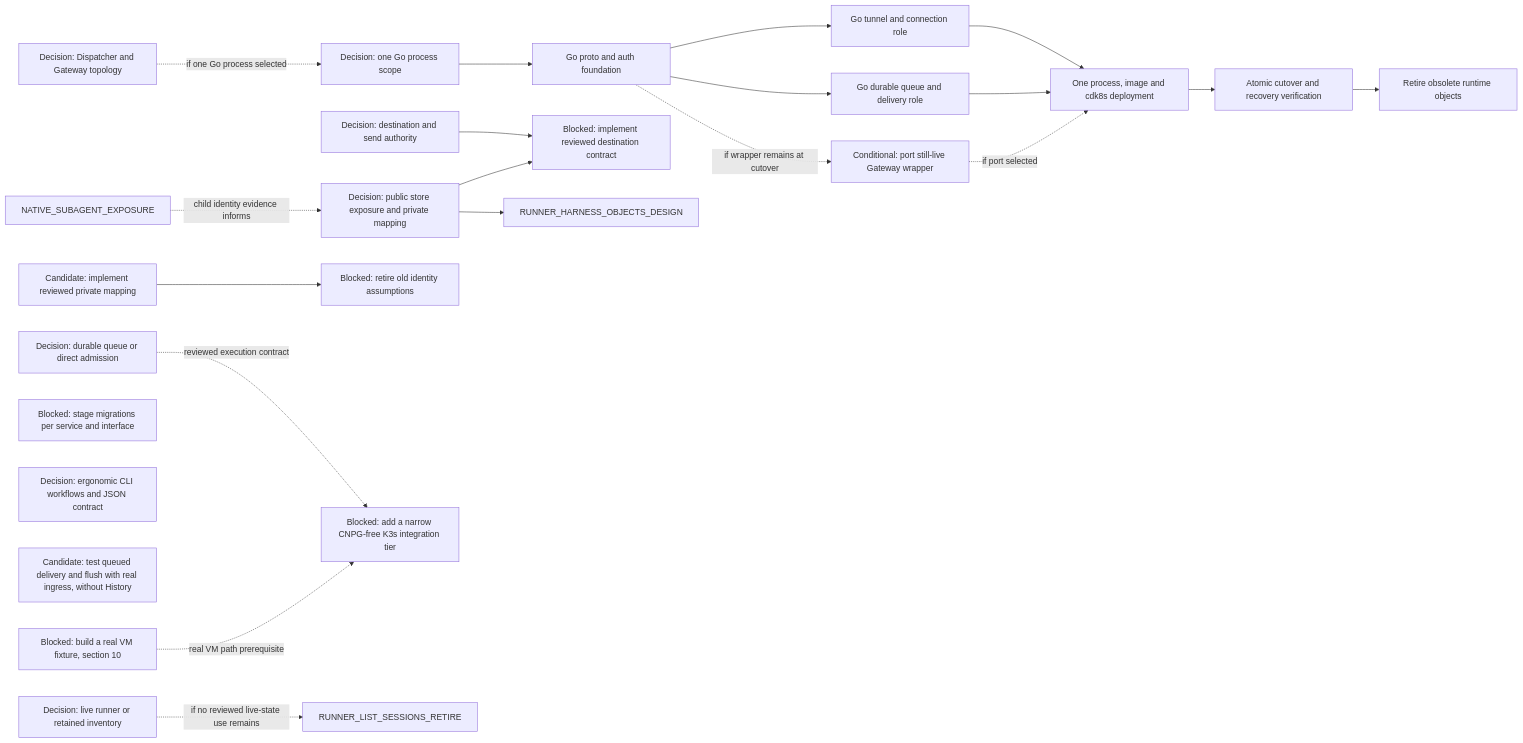
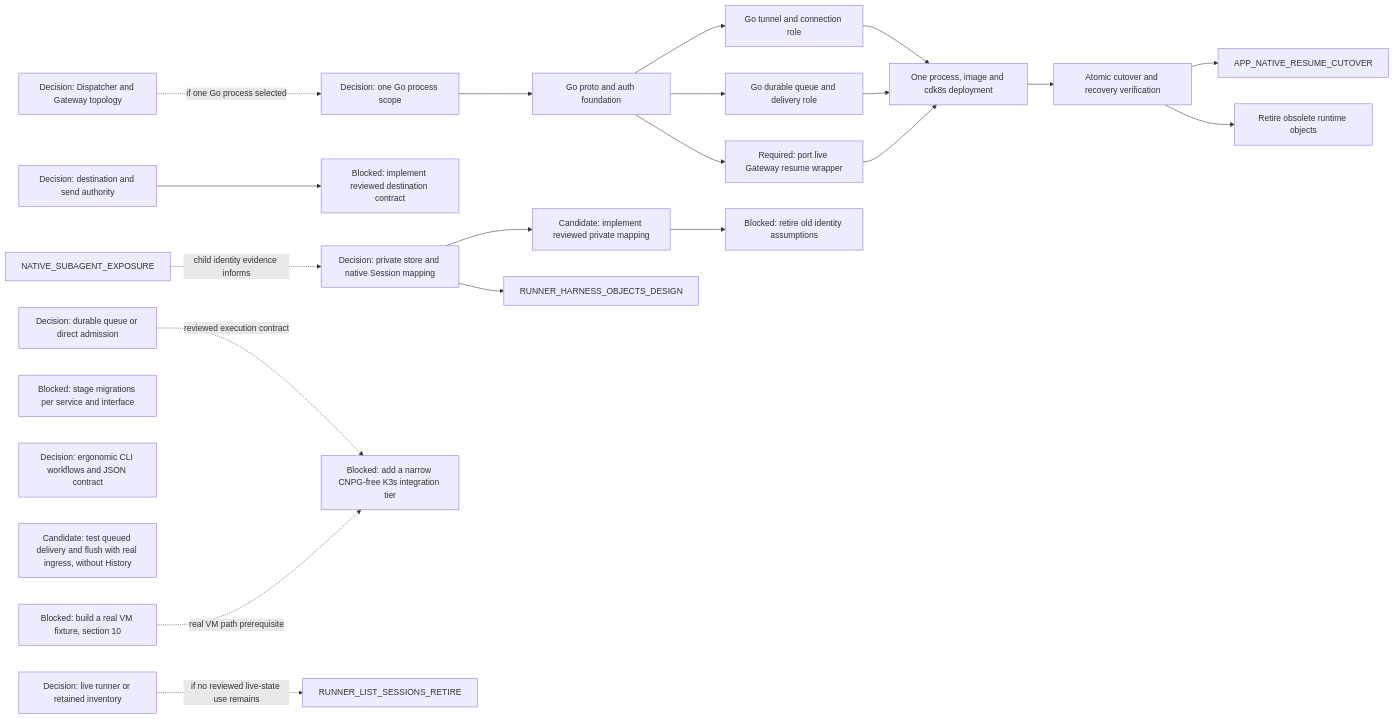
One commit to agentydragon/ducktape changed diagram 17 of 17 in agentplane/plans/task_dag.md. Above: the diagram before and after it, drawn with Mermaid. The commit also changed other lines of this file and 1 other file, not shown here.

Commit message:
Record public Session destination and sequence Gateway resume after unification

````diff
--- a/agentplane/plans/task_dag.md
+++ b/agentplane/plans/task_dag.md
@@ -1523,42 +1525,43 @@
 ```mermaid
 flowchart LR
     DISPATCHER_PERSISTENCE_MODEL_DESIGN[Decision: durable queue or direct admission]
     DISPATCHER_GATEWAY_TOPOLOGY_DESIGN[Decision: Dispatcher and Gateway topology]
     DELIVERY_UNIFICATION_SCOPE_DECISION[Decision: one Go process scope]
     DELIVERY_GO_PROTOCOL_AUTH[Go proto and auth foundation]
     DELIVERY_GO_GATEWAY[Go tunnel and connection role]
     DELIVERY_GO_DISPATCHER[Go durable queue and delivery role]
-    DELIVERY_GO_LEGACY_WRAPPER[Conditional: port still-live Gateway wrapper]
+    DELIVERY_GO_LEGACY_WRAPPER[Required: port live Gateway resume wrapper]
     DELIVERY_GO_INTEGRATION[One process, image and cdk8s deployment]
     DELIVERY_UNIFIED_CUTOVER[Atomic cutover and recovery verification]
     DELIVERY_OLD_RUNTIME_RETIRE[Retire obsolete runtime objects]
     RUNNER_INVENTORY_AUTHORITY_DESIGN[Decision: live runner or retained inventory]
     DELIVERY_DESTINATION_AUTHORITY_DESIGN[Decision: destination and send authority]
     DELIVERY_DESTINATION_CONTRACT[Blocked: implement reviewed destination contract]
-    HARNESS_IDENTITY_DESIGN[Decision: public store exposure and private mapping]
+    HARNESS_IDENTITY_DESIGN[Decision: private store and native Session mapping]
     RUNNER_STORE_SESSION_IDENTITY[Candidate: implement reviewed private mapping]
     RUNNER_IDENTITY_LEGACY_CLEANUP[Blocked: retire old identity assumptions]
     SERVICE_API_TRANSPORT_MIGRATIONS[Blocked: stage migrations per service and interface]
     AGENT_API_TOOLING_DESIGN[Decision: ergonomic CLI workflows and JSON contract]
     RUNNER_DELIVERY_INGRESS_ACCEPTANCE[Candidate: test queued delivery and flush with real ingress, without History]
     CNPG_FREE_K3S_INTEGRATION_TIER[Blocked: add a narrow CNPG-free K3s integration tier]
     K3S_VM_IMAGE[Blocked: build a real VM fixture, section 10]
     DISPATCHER_GATEWAY_TOPOLOGY_DESIGN -. if one Go process selected .-> DELIVERY_UNIFICATION_SCOPE_DECISION
     DELIVERY_UNIFICATION_SCOPE_DECISION --> DELIVERY_GO_PROTOCOL_AUTH
     DELIVERY_GO_PROTOCOL_AUTH --> DELIVERY_GO_GATEWAY
     DELIVERY_GO_PROTOCOL_AUTH --> DELIVERY_GO_DISPATCHER
-    DELIVERY_GO_PROTOCOL_AUTH -. if wrapper remains at cutover .-> DELIVERY_GO_LEGACY_WRAPPER
+    DELIVERY_GO_PROTOCOL_AUTH --> DELIVERY_GO_LEGACY_WRAPPER
     DELIVERY_GO_GATEWAY --> DELIVERY_GO_INTEGRATION
     DELIVERY_GO_DISPATCHER --> DELIVERY_GO_INTEGRATION
-    DELIVERY_GO_LEGACY_WRAPPER -. if port selected .-> DELIVERY_GO_INTEGRATION
+    DELIVERY_GO_LEGACY_WRAPPER --> DELIVERY_GO_INTEGRATION
     DELIVERY_GO_INTEGRATION --> DELIVERY_UNIFIED_CUTOVER
+    DELIVERY_UNIFIED_CUTOVER --> APP_NATIVE_RESUME_CUTOVER
     DELIVERY_UNIFIED_CUTOVER --> DELIVERY_OLD_RUNTIME_RETIRE
     RUNNER_INVENTORY_AUTHORITY_DESIGN -. if no reviewed live-state use remains .-> RUNNER_LIST_SESSIONS_RETIRE
     DELIVERY_DESTINATION_AUTHORITY_DESIGN --> DELIVERY_DESTINATION_CONTRACT
-    HARNESS_IDENTITY_DESIGN --> DELIVERY_DESTINATION_CONTRACT
     RUNNER_STORE_SESSION_IDENTITY --> RUNNER_IDENTITY_LEGACY_CLEANUP
     NATIVE_SUBAGENT_EXPOSURE -. child identity evidence informs .-> HARNESS_IDENTITY_DESIGN
+    HARNESS_IDENTITY_DESIGN --> RUNNER_STORE_SESSION_IDENTITY
     HARNESS_IDENTITY_DESIGN --> RUNNER_HARNESS_OBJECTS_DESIGN
     DISPATCHER_PERSISTENCE_MODEL_DESIGN -. reviewed execution contract .-> CNPG_FREE_K3S_INTEGRATION_TIER
     K3S_VM_IMAGE -. real VM path prerequisite .-> CNPG_FREE_K3S_INTEGRATION_TIER
 ```
````
